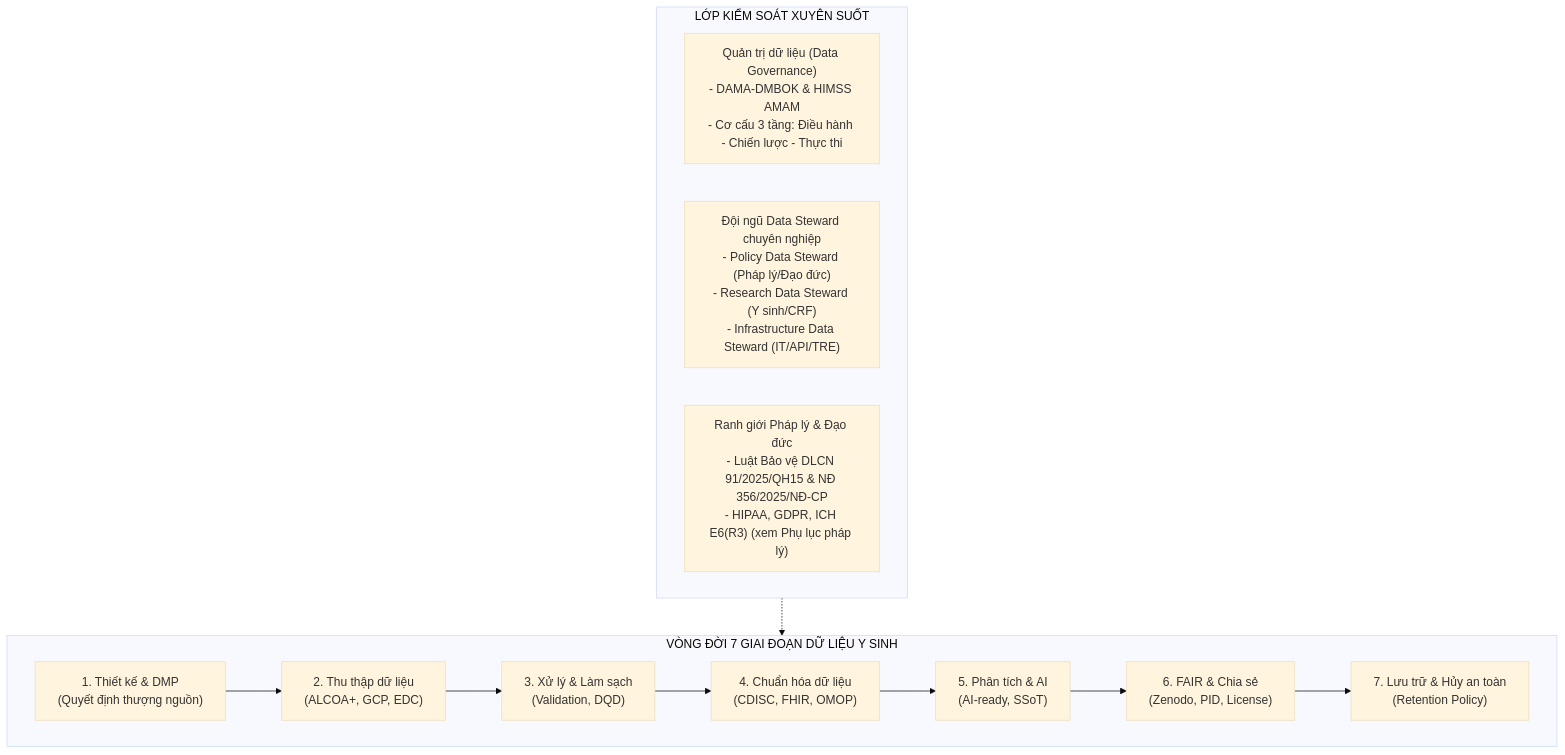
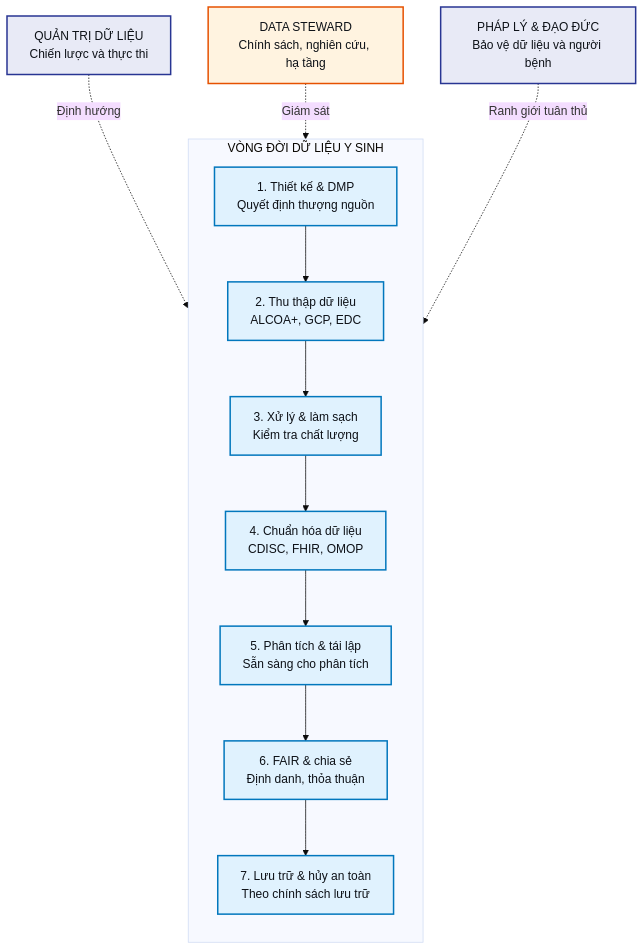
One commit to fossbk-spec/biomedical-rdm-course changed the first of 2 diagrams in course/book/ch01.md. Above: the diagram before and after it, drawn with Mermaid (base theme). The commit also changed other lines of this file and 4 other files, not shown here.

Commit message:
sync: redesigned Mermaid diagrams (ch01-ch03, ch05); strip stray HTML tags in diagram labels

````diff
--- a/course/book/ch01.md
+++ b/course/book/ch01.md
@@ -28,19 +28,24 @@
 ```mermaid
 flowchart TD
-    subgraph VONG_DOI["VÒNG ĐỜI 7 GIAI ĐOẠN DỮ LIỆU Y SINH"]
-        G1["1. Thiết kế & DMP<br/>(Quyết định thượng nguồn)"] --> G2["2. Thu thập dữ liệu<br/>(ALCOA+, GCP, EDC)"]
-        G2 --> G3["3. Xử lý & Làm sạch<br/>(Validation, DQD)"]
-        G3 --> G4["4. Chuẩn hóa dữ liệu<br/>(CDISC, FHIR, OMOP)"]
-        G4 --> G5["5. Phân tích & AI<br/>(AI-ready, SSoT)"]
-        G5 --> G6["6. FAIR & Chia sẻ<br/>(Zenodo, PID, License)"]
-        G6 --> G7["7. Lưu trữ & Hủy an toàn<br/>(Retention Policy)"]
+    subgraph VONG_DOI["VÒNG ĐỜI DỮ LIỆU Y SINH"]
+        direction TB
+        G1["1. Thiết kế & DMP<br/>Quyết định thượng nguồn"] --> G2["2. Thu thập dữ liệu<br/>ALCOA+, GCP, EDC"]
+        G2 --> G3["3. Xử lý & làm sạch<br/>Kiểm tra chất lượng"]
+        G3 --> G4["4. Chuẩn hóa dữ liệu<br/>CDISC, FHIR, OMOP"]
+        G4 --> G5["5. Phân tích & tái lập<br/>Sẵn sàng cho phân tích"]
+        G5 --> G6["6. FAIR & chia sẻ<br/>Định danh, thỏa thuận"]
+        G6 --> G7["7. Lưu trữ & hủy an toàn<br/>Theo chính sách lưu trữ"]
     end
+    GOV["QUẢN TRỊ DỮ LIỆU<br/>Chiến lược và thực thi"] -.->|"Định hướng"| G1
+    STEWARD["DATA STEWARD<br/>Chính sách, nghiên cứu, hạ tầng"] -.->|"Giám sát"| G2
+    LAW["PHÁP LÝ & ĐẠO ĐỨC<br/>Bảo vệ dữ liệu và người bệnh"] -.->|"Ranh giới tuân thủ"| G7
 
-    subgraph NEN_TANG["LỚP KIỂM SOÁT XUYÊN SUỐT"]
-        GOV["Quản trị dữ liệu (Data Governance)<br/>- DAMA-DMBOK & HIMSS AMAM<br/>- Cơ cấu 3 tầng: Điều hành - Chiến lược - Thực thi"]
-        STEWARD["Đội ngũ Data Steward chuyên nghiệp<br/>- Policy Data Steward (Pháp lý/Đạo đức)<br/>- Research Data Steward (Y sinh/CRF)<br/>- Infrastructure Data Steward (IT/API/TRE)"]
-        LAW["Ranh giới Pháp lý & Đạo đức<br/>- Luật Bảo vệ DLCN 91/2025/QH15 & NĐ 356/2025/NĐ-CP<br/>- HIPAA, GDPR, ICH E6(R3) (xem Phụ lục pháp lý)"]
-    end
-
-    NEN_TANG -.-> VONG_DOI
+    classDef lawStyle fill:#E8EAF6,stroke:#283593,stroke-width:2px,color:#0D1117;
+    classDef archStyle fill:#E0F2FE,stroke:#0277BD,stroke-width:2px,color:#0D1117;
+    classDef techStyle fill:#FFF3E0,stroke:#E65100,stroke-width:2px,color:#0D1117;
+    classDef mathStyle fill:#E8F5E9,stroke:#2E7D32,stroke-width:2px,color:#0D1117;
+    classDef warnStyle fill:#FFEBEE,stroke:#C62828,stroke-width:2px,color:#0D1117;
+    class G1,G2,G3,G4,G5,G6,G7 archStyle;
+    class GOV,LAW lawStyle;
+    class STEWARD techStyle;
 ```
````
